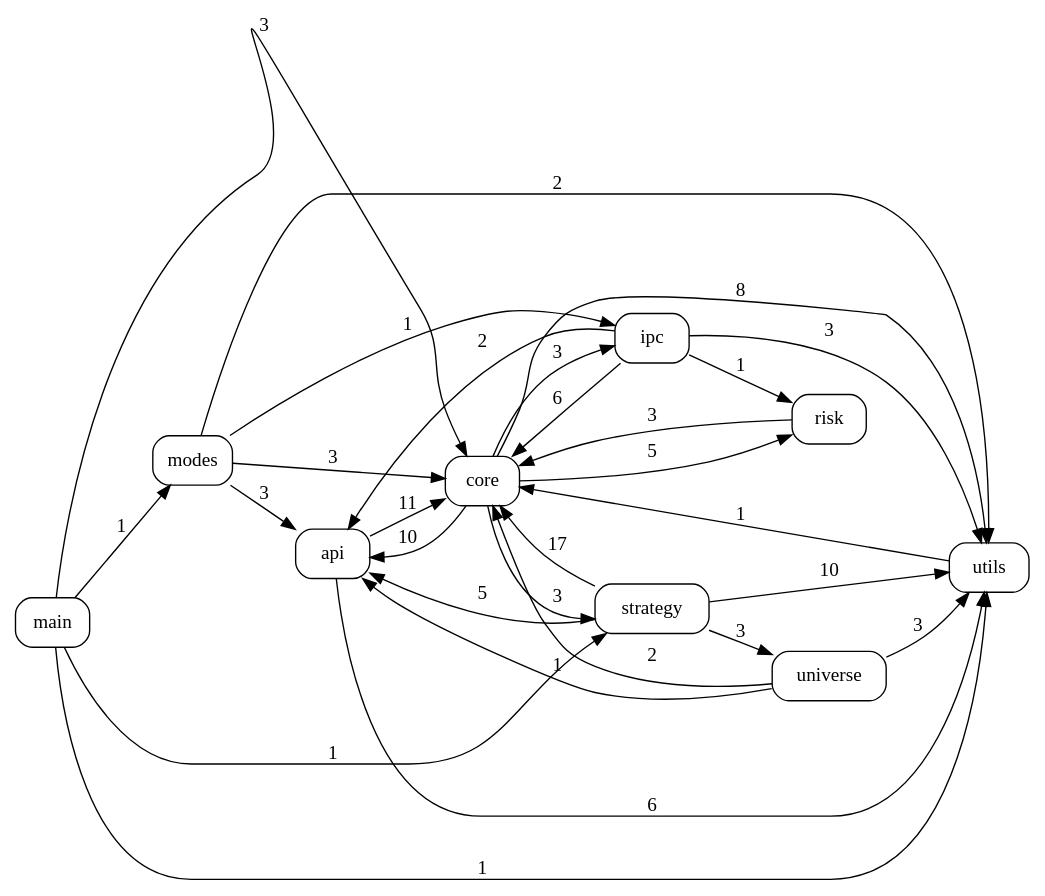
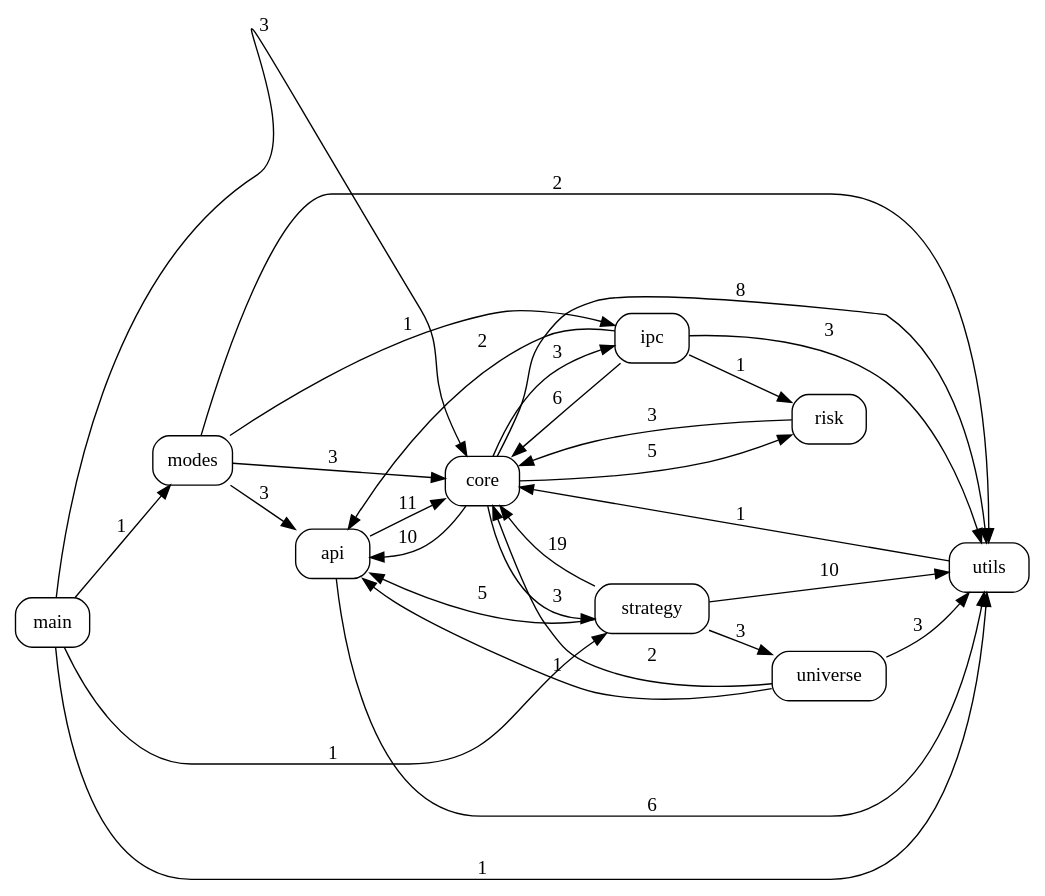
Before and after one commit to pypy8171/Quant: the diagram in docs/code_graph.dot, drawn with Graphviz. The commit also changed 11 other files, not shown here.

```diff
--- a/docs/code_graph.dot
+++ b/docs/code_graph.dot
@@ -1,41 +1,41 @@
 digraph code_graph {
   rankdir=LR;
   node [shape=box, style=rounded, fontname="Consolas"];
   "api";
   "core";
   "ipc";
   "main";
   "modes";
   "risk";
   "strategy";
   "universe";
   "utils";
   "api" -> "core" [label="11"];
   "api" -> "utils" [label="6"];
   "core" -> "api" [label="10"];
   "core" -> "ipc" [label="3"];
   "core" -> "risk" [label="5"];
   "core" -> "strategy" [label="3"];
   "core" -> "utils" [label="8"];
   "ipc" -> "api" [label="2"];
   "ipc" -> "core" [label="6"];
   "ipc" -> "risk" [label="1"];
   "ipc" -> "utils" [label="3"];
   "main" -> "core" [label="3"];
   "main" -> "modes" [label="1"];
   "main" -> "strategy" [label="1"];
   "main" -> "utils" [label="1"];
   "modes" -> "api" [label="3"];
   "modes" -> "core" [label="3"];
   "modes" -> "ipc" [label="1"];
   "modes" -> "utils" [label="2"];
   "risk" -> "core" [label="3"];
   "strategy" -> "api" [label="5"];
-  "strategy" -> "core" [label="17"];
+  "strategy" -> "core" [label="19"];
   "strategy" -> "universe" [label="3"];
   "strategy" -> "utils" [label="10"];
   "universe" -> "api" [label="1"];
   "universe" -> "core" [label="2"];
   "universe" -> "utils" [label="3"];
   "utils" -> "core" [label="1"];
 }
```
